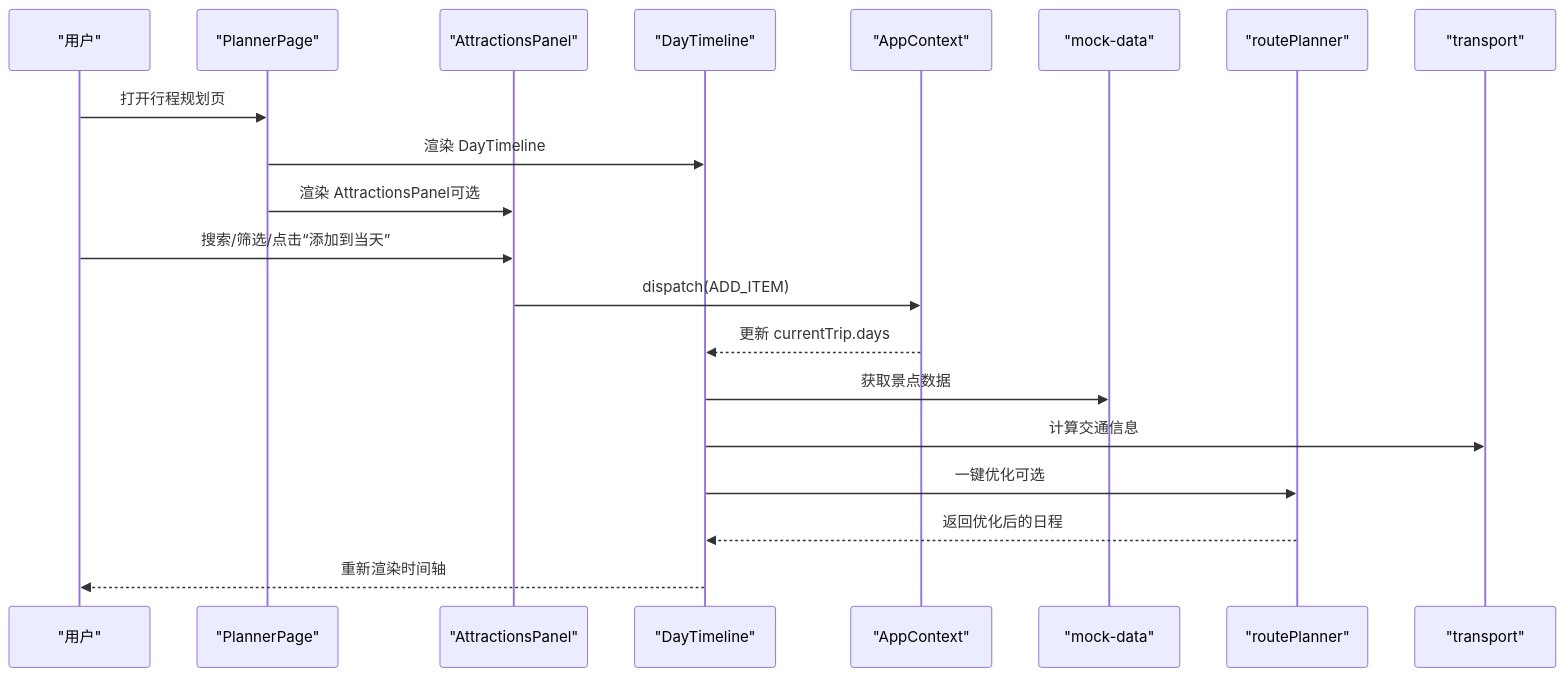
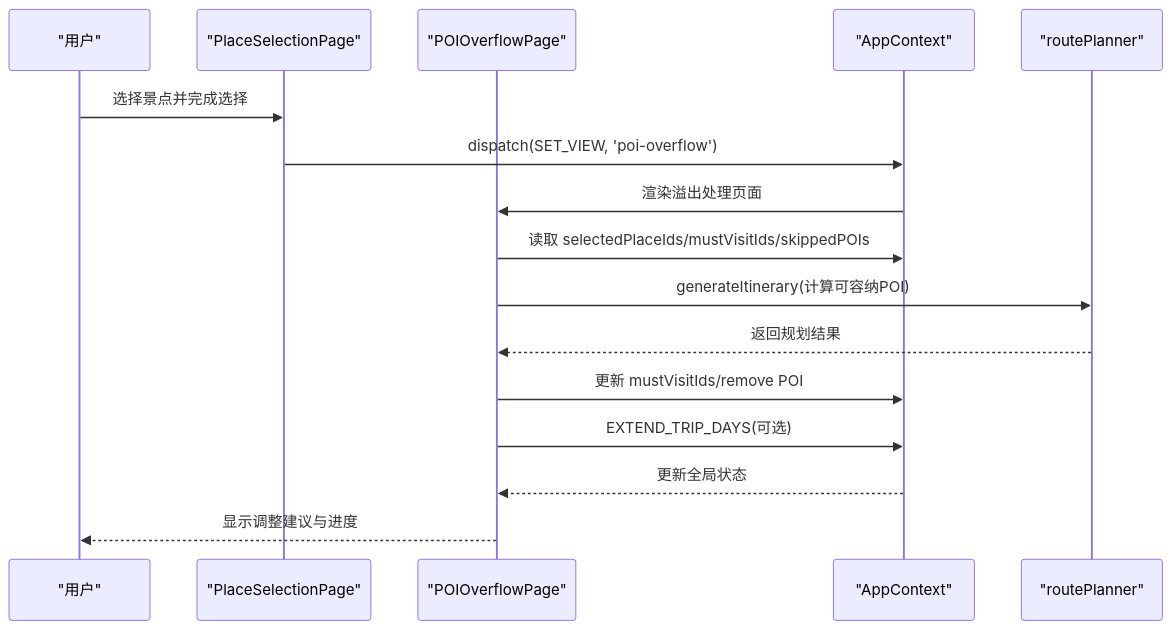
The second of 9 diagrams in .qoder/repowiki/zh/content/UI组件系统/行程规划组件.md (ititjjy/AITrip-plan), drawn with Mermaid before and after one commit. The commit also changed other lines of this file and 144 other files, not shown here.

First line of the commit message:
deploy: sync 37 cities POI data + latest code to server

````diff
--- a/.qoder/repowiki/zh/content/UI组件系统/行程规划组件.md
+++ b/.qoder/repowiki/zh/content/UI组件系统/行程规划组件.md
@@ -104,22 +137,18 @@
 ```mermaid
 sequenceDiagram
 participant U as "用户"
-participant P as "PlannerPage"
-participant AP as "AttractionsPanel"
-participant DT as "DayTimeline"
+participant PSP as "PlaceSelectionPage"
+participant POP as "POIOverflowPage"
 participant AC as "AppContext"
-participant MD as "mock-data"
 participant RP as "routePlanner"
-participant TR as "transport"
-U->>P : 打开行程规划页
-P->>DT : 渲染 DayTimeline
-P->>AP : 渲染 AttractionsPanel可选
-U->>AP : 搜索/筛选/点击“添加到当天”
-AP->>AC : dispatch(ADD_ITEM)
-AC-->>DT : 更新 currentTrip.days
-DT->>MD : 获取景点数据
-DT->>TR : 计算交通信息
-DT->>RP : 一键优化可选
-RP-->>DT : 返回优化后的日程
-DT-->>U : 重新渲染时间轴
+U->>PSP : 选择景点并完成选择
+PSP->>AC : dispatch(SET_VIEW, 'poi-overflow')
+AC->>POP : 渲染溢出处理页面
+POP->>AC : 读取 selectedPlaceIds/mustVisitIds/skippedPOIs
+POP->>RP : generateItinerary(计算可容纳POI)
+RP-->>POP : 返回规划结果
+POP->>AC : 更新 mustVisitIds/remove POI
+POP->>AC : EXTEND_TRIP_DAYS(可选)
+AC-->>POP : 更新全局状态
+POP-->>U : 显示调整建议与进度
 ```
````
